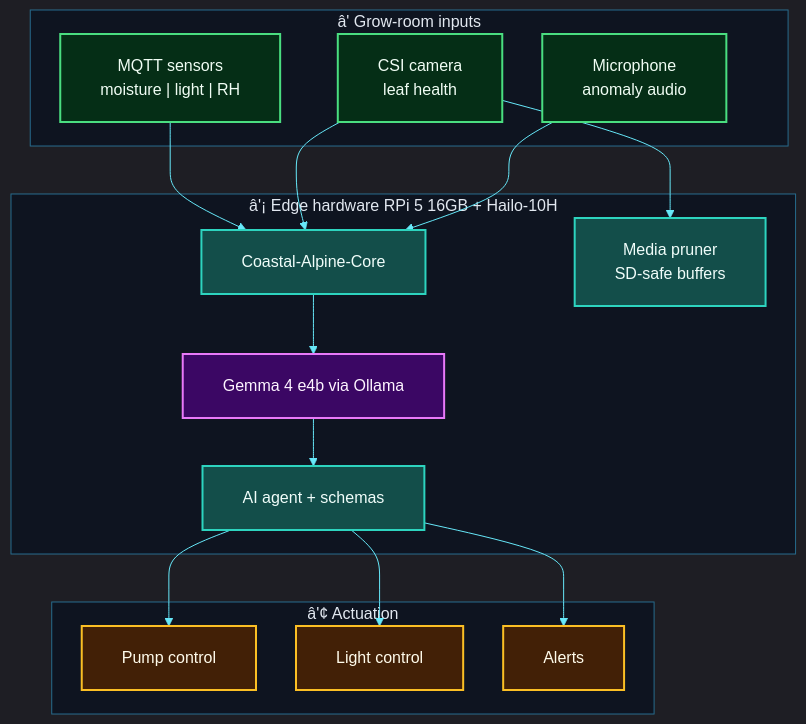
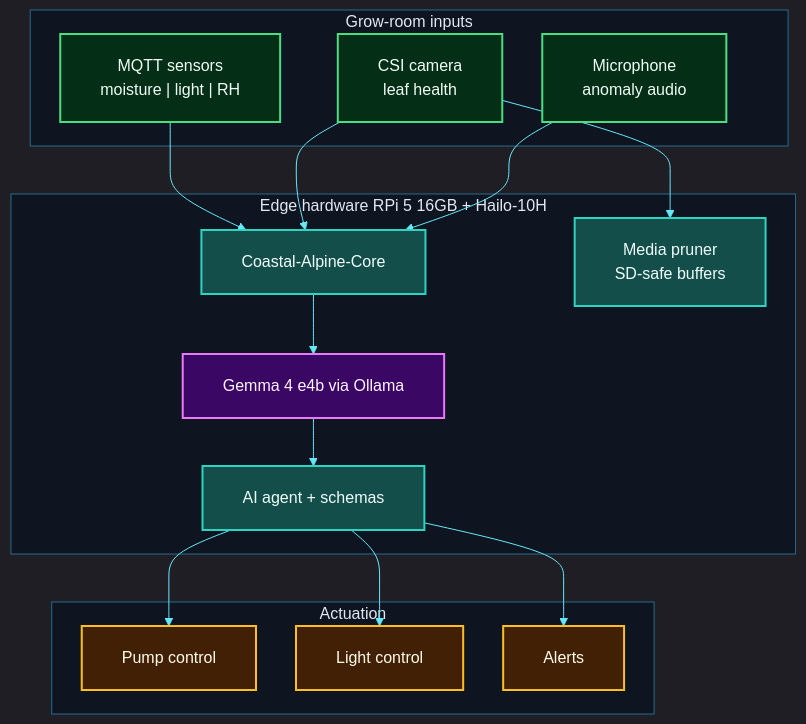
Before and after one commit to fivepanelhat/Byte-Size-Kai: the diagram in README.md, drawn with Mermaid. The commit also changed other lines of this file and 42 other files, not shown here.

````diff
--- a/README.md
+++ b/README.md
@@ -227,62 +222,62 @@
 ```mermaid
 %%{init: {
-  "theme": "dark",
-  "themeVariables": {
-    "fontSize": "16px",
-    "fontFamily": "Inter, ui-sans-serif, system-ui, sans-serif",
-    "primaryColor": "#0ea5e9",
-    "primaryTextColor": "#f8fafc",
-    "primaryBorderColor": "#38bdf8",
-    "lineColor": "#67e8f9",
-    "secondaryColor": "#1e293b",
-    "tertiaryColor": "#0f172a",
-    "clusterBkg": "#0b1220cc",
-    "clusterBorder": "#38bdf880",
-    "titleColor": "#e2e8f0"
-  },
-  "flowchart": {
-    "nodeSpacing": 40,
-    "rankSpacing": 48,
-    "padding": 20,
-    "htmlLabels": true,
-    "curve": "basis"
-  }
+ "theme": "dark",
+ "themeVariables": {
+ "fontSize": "16px",
+ "fontFamily": "Inter, ui-sans-serif, system-ui, sans-serif",
+ "primaryColor": "#0ea5e9",
+ "primaryTextColor": "#f8fafc",
+ "primaryBorderColor": "#38bdf8",
+ "lineColor": "#67e8f9",
+ "secondaryColor": "#1e293b",
+ "tertiaryColor": "#0f172a",
+ "clusterBkg": "#0b1220cc",
+ "clusterBorder": "#38bdf880",
+ "titleColor": "#e2e8f0"
+ },
+ "flowchart": {
+ "nodeSpacing": 40,
+ "rankSpacing": 48,
+ "padding": 20,
+ "htmlLabels": true,
+ "curve": "basis"
+ }
 }}%%
 flowchart TB
 
-    classDef sense fill:#052e16,stroke:#4ade80,stroke-width:2px,color:#f0fdf4
-    classDef edge fill:#0c4a6e,stroke:#38bdf8,stroke-width:2px,color:#f0f9ff
-    classDef core fill:#134e4a,stroke:#2dd4bf,stroke-width:2px,color:#f0fdfa
-    classDef act fill:#422006,stroke:#fbbf24,stroke-width:2px,color:#fffbeb
-    classDef store fill:#1e1b4b,stroke:#a5b4fc,stroke-width:2px,color:#eef2ff
-    classDef ai fill:#3b0764,stroke:#e879f9,stroke-width:2px,color:#fdf4ff
-    classDef app fill:#1e1b4b,stroke:#c4b5fd,stroke-width:2px,color:#eef2ff
+ classDef sense fill:#052e16,stroke:#4ade80,stroke-width:2px,color:#f0fdf4
+ classDef edge fill:#0c4a6e,stroke:#38bdf8,stroke-width:2px,color:#f0f9ff
+ classDef core fill:#134e4a,stroke:#2dd4bf,stroke-width:2px,color:#f0fdfa
+ classDef act fill:#422006,stroke:#fbbf24,stroke-width:2px,color:#fffbeb
+ classDef store fill:#1e1b4b,stroke:#a5b4fc,stroke-width:2px,color:#eef2ff
+ classDef ai fill:#3b0764,stroke:#e879f9,stroke-width:2px,color:#fdf4ff
+ classDef app fill:#1e1b4b,stroke:#c4b5fd,stroke-width:2px,color:#eef2ff
 
-    subgraph IN["â'  Grow-room inputs"]
-        MQTT["MQTT sensors<br/>moisture | light | RH"]
-        CAM["CSI camera<br/>leaf health"]
-        MIC["Microphone<br/>anomaly audio"]
-    end
+ subgraph IN[" Grow-room inputs"]
+ MQTT["MQTT sensors<br/>moisture | light | RH"]
+ CAM["CSI camera<br/>leaf health"]
+ MIC["Microphone<br/>anomaly audio"]
+ end
 
-    subgraph EDGE["â'¡ Edge hardware  RPi 5 16GB + Hailo-10H"]
-        CORE["Coastal-Alpine-Core"]
-        LLM["Gemma 4 e4b via Ollama"]
-        AG["AI agent + schemas"]
-        PRUNE["Media pruner<br/>SD-safe buffers"]
-    end
+ subgraph EDGE[" Edge hardware RPi 5 16GB + Hailo-10H"]
+ CORE["Coastal-Alpine-Core"]
+ LLM["Gemma 4 e4b via Ollama"]
+ AG["AI agent + schemas"]
+ PRUNE["Media pruner<br/>SD-safe buffers"]
+ end
 
-    subgraph OUT["â'¢ Actuation"]
-        PUMP["Pump control"]
-        LIGHT["Light control"]
-        ALERT["Alerts"]
-    end
+ subgraph OUT[" Actuation"]
+ PUMP["Pump control"]
+ LIGHT["Light control"]
+ ALERT["Alerts"]
+ end
 
-    MQTT & CAM & MIC --> CORE --> LLM --> AG
-    AG --> PUMP & LIGHT & ALERT
-    CAM --> PRUNE
+ MQTT & CAM & MIC --> CORE --> LLM --> AG
+ AG --> PUMP & LIGHT & ALERT
+ CAM --> PRUNE
 
-    class MQTT,CAM,MIC sense
-    class CORE,AG,PRUNE core
-    class LLM ai
-    class PUMP,LIGHT,ALERT act
+ class MQTT,CAM,MIC sense
+ class CORE,AG,PRUNE core
+ class LLM ai
+ class PUMP,LIGHT,ALERT act
 ```
````
